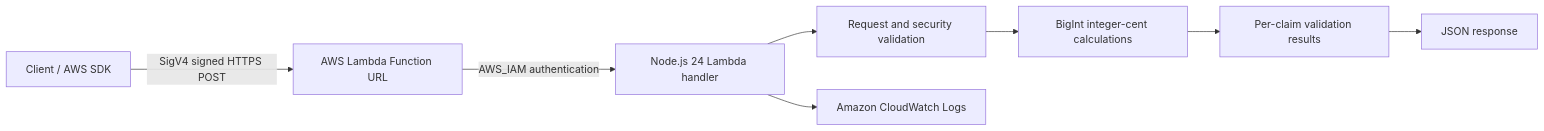
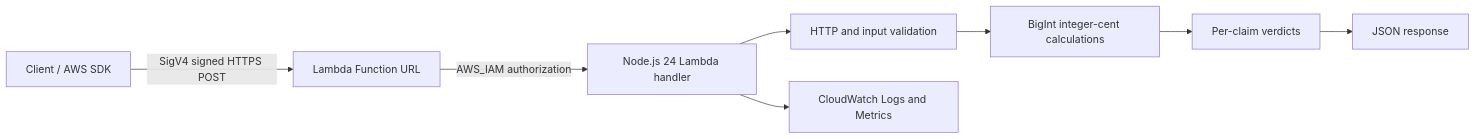
Before and after one commit to yusufthecoder474/RevenueGuard-AWS: the diagram in README.md, drawn with Mermaid. The commit also changed other lines of this file, not shown here.

Commit message:
docs: add verified Phase 8 AWS regression results

````diff
--- a/README.md
+++ b/README.md
@@ -13,10 +13,10 @@
 ```mermaid
 flowchart LR
-    A[Client / AWS SDK] -->|SigV4 signed HTTPS POST| B[AWS Lambda Function URL]
-    B -->|AWS_IAM authentication| C[Node.js 24 Lambda handler]
-    C --> D[Request and security validation]
+    A[Client / AWS SDK] -->|SigV4 signed HTTPS POST| B[Lambda Function URL]
+    B -->|AWS_IAM authorization| C[Node.js 24 Lambda handler]
+    C --> D[HTTP and input validation]
     D --> E[BigInt integer-cent calculations]
-    E --> F[Per-claim validation results]
+    E --> F[Per-claim verdicts]
     F --> G[JSON response]
-    C --> H[Amazon CloudWatch Logs]
+    C --> H[CloudWatch Logs and Metrics]
 ```
````
